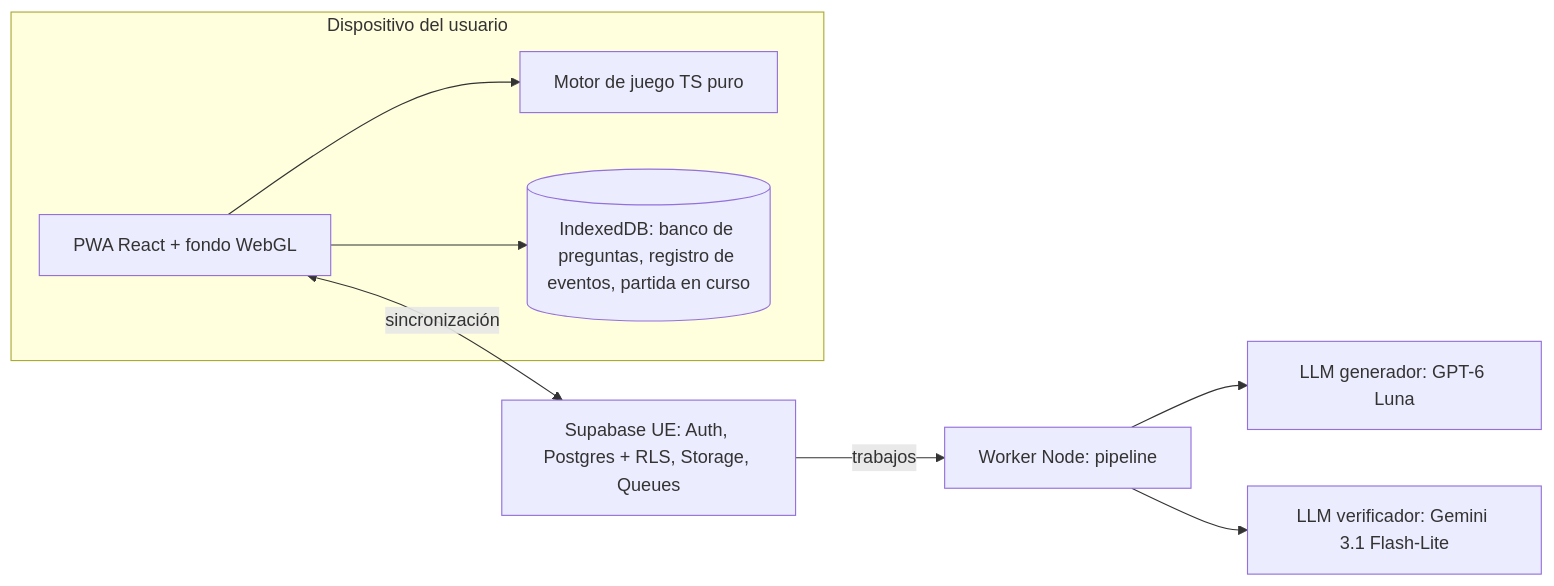
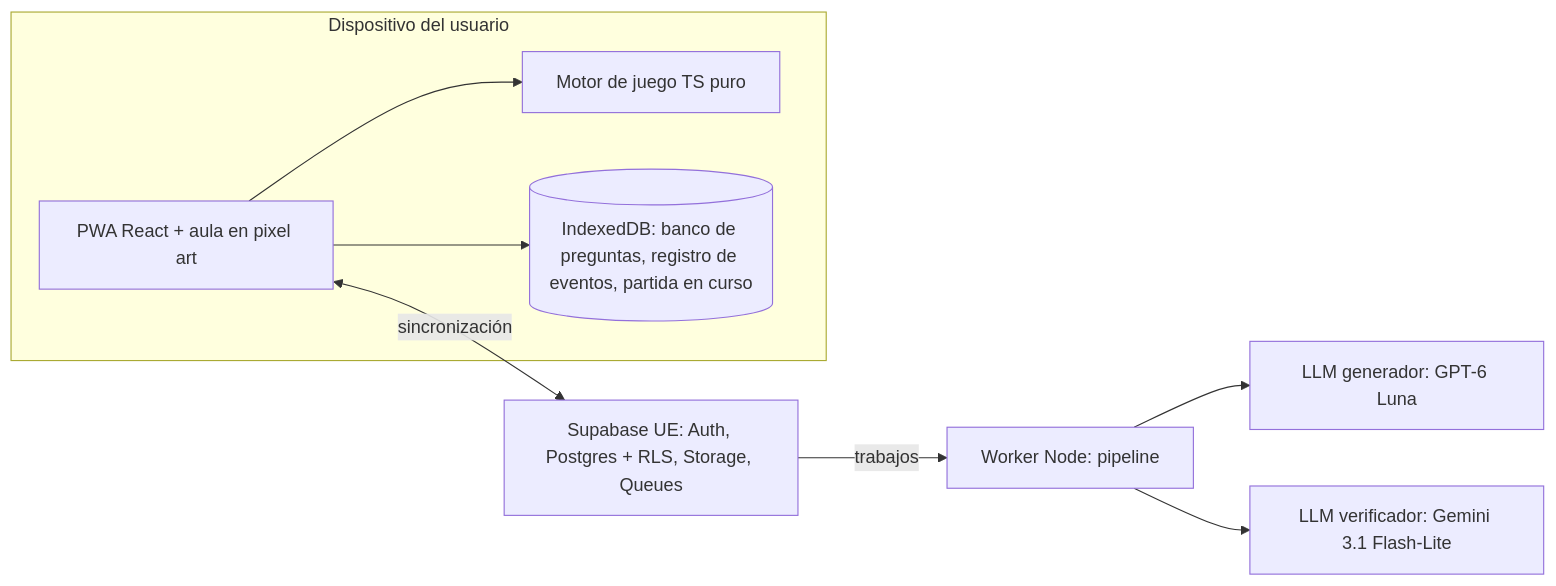
Before and after one commit to floringugu/educational-roguelike-game: the first of 2 diagrams in docs/SRS.md, drawn with Mermaid. The commit also changed other lines of this file and 21 other files, not shown here.

````diff
--- a/docs/SRS.md
+++ b/docs/SRS.md
@@ -108,11 +108,11 @@
 ```mermaid
 flowchart LR
   subgraph DEV[Dispositivo del usuario]
-    UI[PWA React + fondo WebGL] --> ENG[Motor de juego TS puro]
+    UI[PWA React + aula en pixel art] --> ENG[Motor de juego TS puro]
     UI --> IDB[(IndexedDB: banco de preguntas, registro de eventos, partida en curso)]
   end
   UI <-->|sincronización| SB[Supabase UE: Auth, Postgres + RLS, Storage, Queues]
   SB -->|trabajos| WK[Worker Node: pipeline]
   WK --> GEN[LLM generador: GPT-6 Luna]
   WK --> VER[LLM verificador: Gemini 3.1 Flash-Lite]
 ```
````
